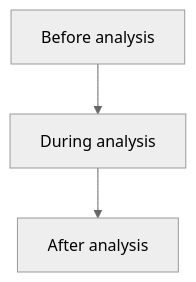
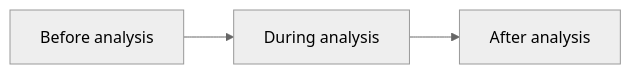
Before and after one commit to cgranell/orr: the diagram in materials/03-stages.qmd, drawn with Mermaid (neutral theme). The commit also changed other lines of this file and 8 other files, not shown here.

````diff
--- a/materials/03-stages.qmd
+++ b/materials/03-stages.qmd
@@ -7,8 +7,8 @@
 ```{mermaid}
 %%| fig-width: 6.5
 %%| fig-align: center
 %%| fig-caption: "Three stages of a research project. Source: [@alston2021]."
-flowchart TB
+flowchart LR
   A[Before analysis] --> B[During analysis]
   B --> C[After analysis]
 ```
````
